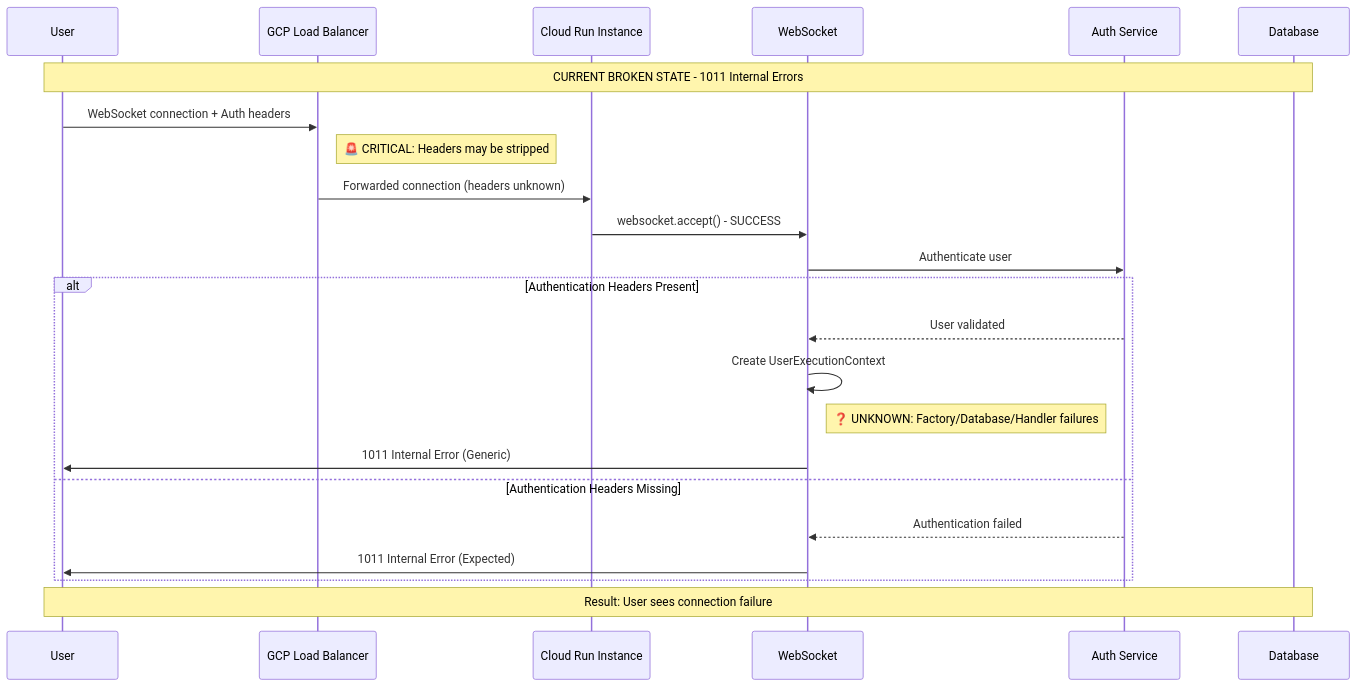
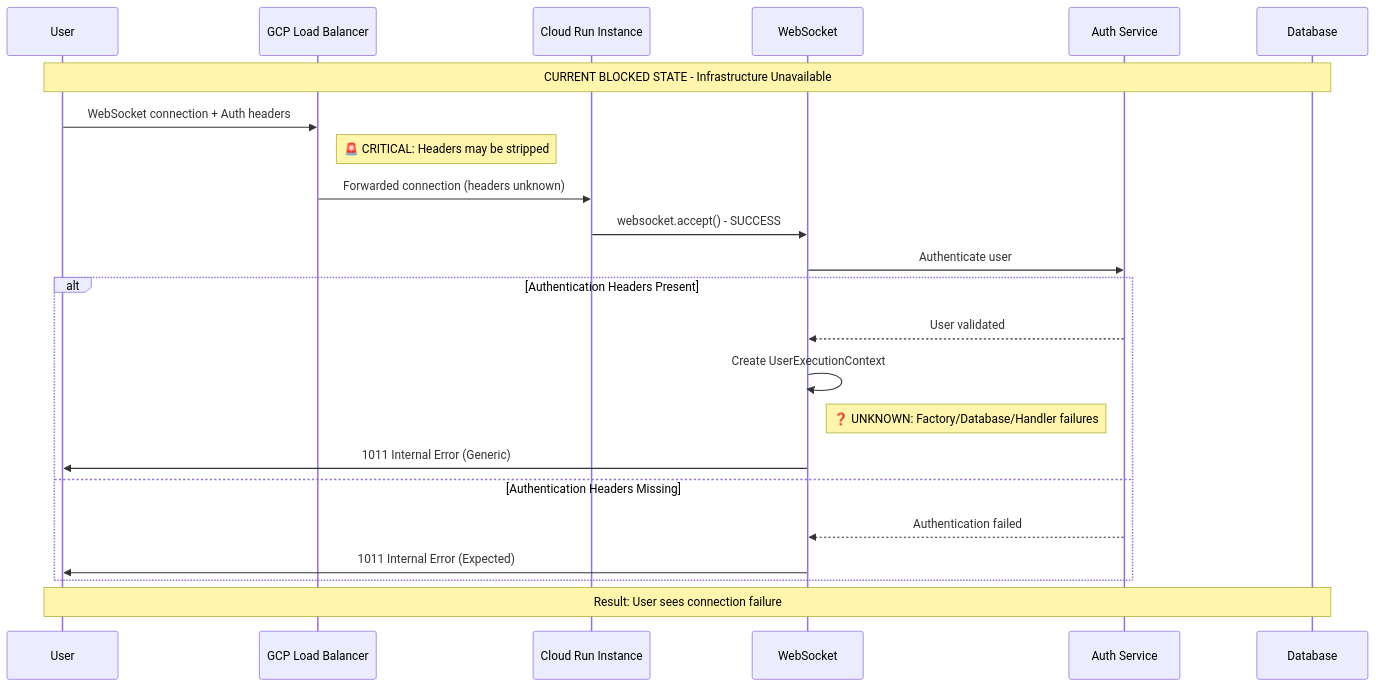
The fifth of 27 diagrams in docs/GOLDEN_PATH_USER_FLOW_COMPLETE.md (netra-systems/zen), drawn with Mermaid before and after one commit. The commit also changed other lines of this file and 17 other files, not shown here.

````diff
--- a/docs/GOLDEN_PATH_USER_FLOW_COMPLETE.md
+++ b/docs/GOLDEN_PATH_USER_FLOW_COMPLETE.md
@@ -283,29 +283,29 @@
 ```mermaid
 sequenceDiagram
     participant User
     participant LoadBalancer as GCP Load Balancer  
     participant CloudRun as Cloud Run Instance
     participant WebSocket
     participant Auth as Auth Service
     participant Database
     
-    Note over User,Database: CURRENT BROKEN STATE - 1011 Internal Errors
+    Note over User,Database: CURRENT BLOCKED STATE - Infrastructure Unavailable
     
     User->>LoadBalancer: WebSocket connection + Auth headers
     Note right of LoadBalancer: 🚨 CRITICAL: Headers may be stripped
     LoadBalancer->>CloudRun: Forwarded connection (headers unknown)
     CloudRun->>WebSocket: websocket.accept() - SUCCESS
     WebSocket->>Auth: Authenticate user
     
     alt Authentication Headers Present
         Auth-->>WebSocket: User validated
         WebSocket->>WebSocket: Create UserExecutionContext
         Note right of WebSocket: ❓ UNKNOWN: Factory/Database/Handler failures
         WebSocket->>User: 1011 Internal Error (Generic)
     else Authentication Headers Missing
         Auth-->>WebSocket: Authentication failed
         WebSocket->>User: 1011 Internal Error (Expected)
     end
     
     Note over User,Database: Result: User sees connection failure
 ```
````
